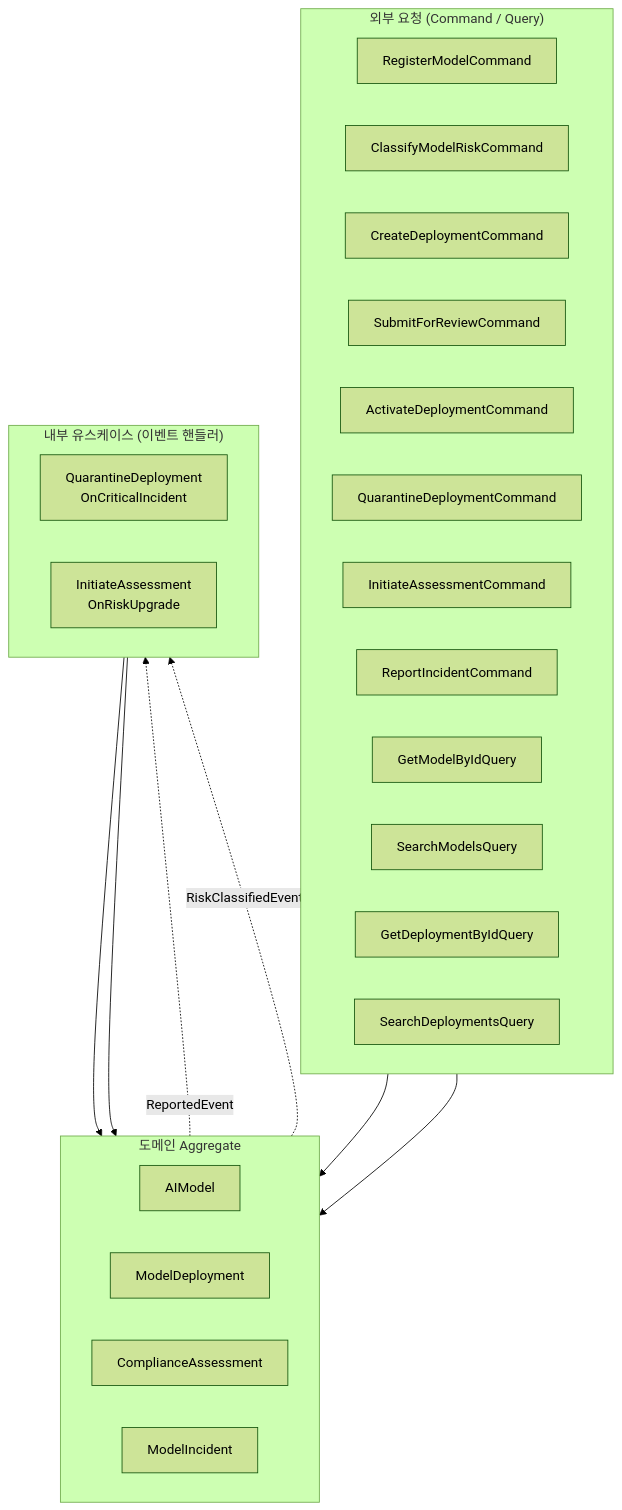
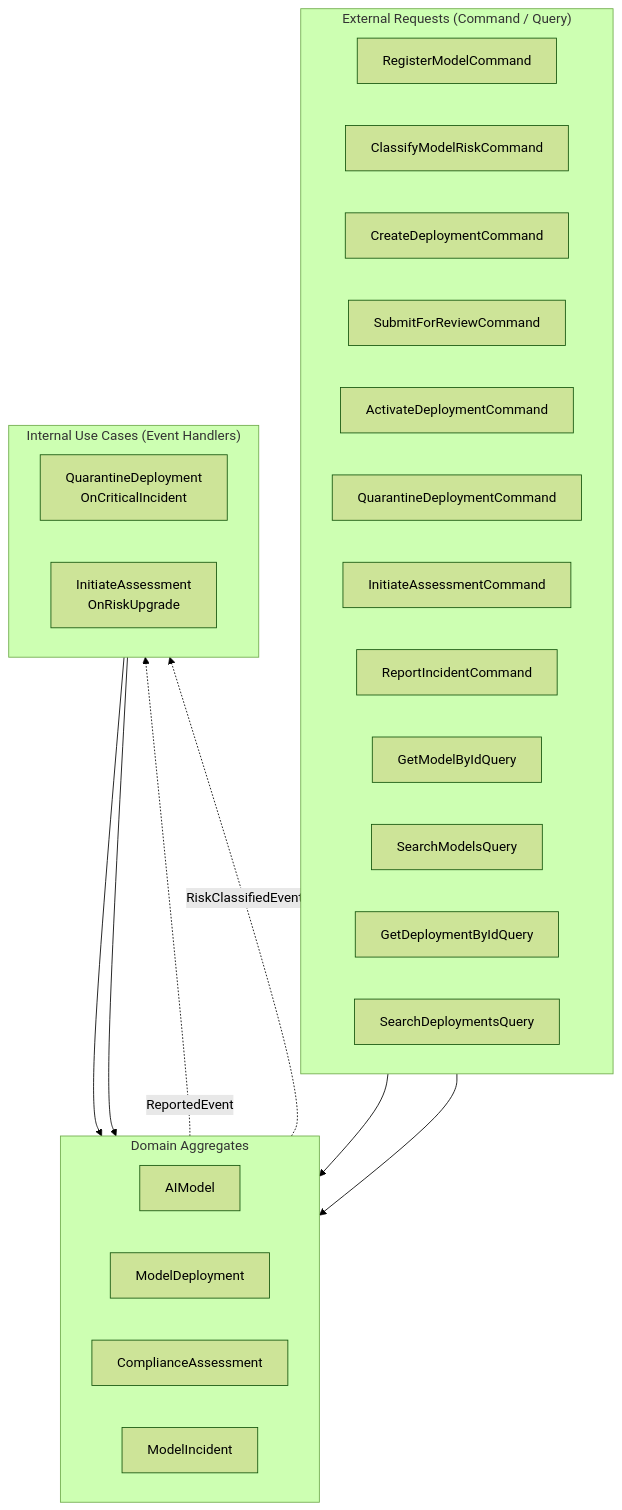
Before and after one commit to hhko/Functorium: the first of 3 diagrams in Docs.Site/src/content/docs/samples/ai-model-governance/application/00-business-requirements.md, drawn with Mermaid (forest theme). The commit also changed other lines of this file and 20 other files, not shown here.

````diff
--- a/Docs.Site/src/content/docs/samples/ai-model-governance/application/00-business-requirements.md
+++ b/Docs.Site/src/content/docs/samples/ai-model-governance/application/00-business-requirements.md
@@ -16,39 +16,39 @@
 ```mermaid
 flowchart TB
-    subgraph External["외부 요청 (Command / Query)"]
+    subgraph External["External Requests (Command / Query)"]
         direction LR
         C1["RegisterModelCommand"]
         C2["ClassifyModelRiskCommand"]
         C3["CreateDeploymentCommand"]
         C4["SubmitForReviewCommand"]
         C5["ActivateDeploymentCommand"]
         C6["QuarantineDeploymentCommand"]
         C7["InitiateAssessmentCommand"]
         C8["ReportIncidentCommand"]
         Q1["GetModelByIdQuery"]
         Q2["SearchModelsQuery"]
         Q3["GetDeploymentByIdQuery"]
         Q4["SearchDeploymentsQuery"]
     end
 
-    subgraph Domain["도메인 Aggregate"]
+    subgraph Domain["Domain Aggregates"]
         direction LR
         Model["AIModel"]
         Deployment["ModelDeployment"]
         Assessment["ComplianceAssessment"]
         Incident["ModelIncident"]
     end
 
-    subgraph Internal["내부 유스케이스 (이벤트 핸들러)"]
+    subgraph Internal["Internal Use Cases (Event Handlers)"]
         direction LR
         H1["QuarantineDeployment\nOnCriticalIncident"]
         H2["InitiateAssessment\nOnRiskUpgrade"]
     end
 
     C8 --> Incident
     C2 --> Model
     Incident -. "ReportedEvent" .-> H1
     Model -. "RiskClassifiedEvent" .-> H2
     H1 --> Deployment
     H2 --> Assessment
 ```
````
